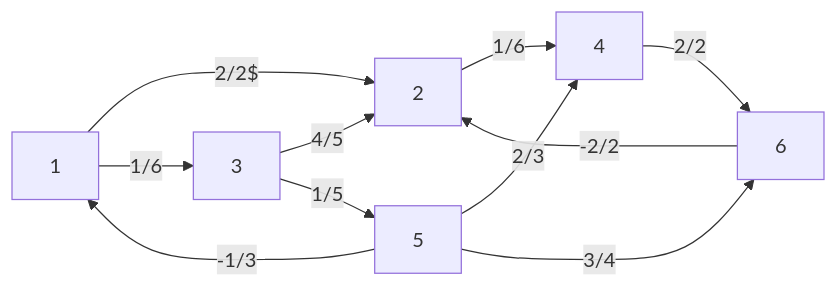
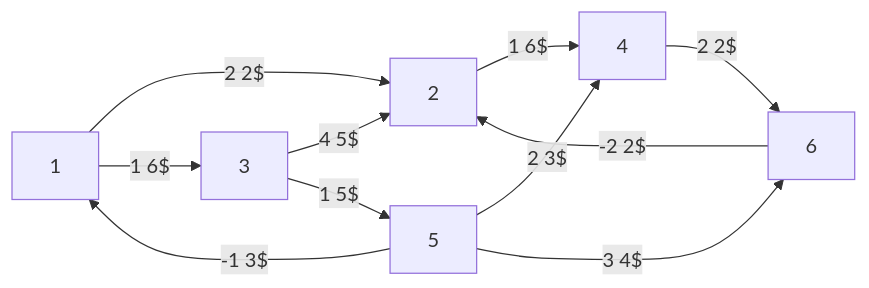
The diagram in Ricerca operativa/Problemi di ottimizzazione/Esempi/Esempio ottimizzazione flusso di costo minimo.md (SuperSamus/appunti-universitari), drawn with Mermaid before and after one commit. The commit also changed other lines of this file, not shown here.

Commit message:
vault backup: 2022-11-08 16:34:14

````diff
--- a/Ricerca operativa/Problemi di ottimizzazione/Esempi/Esempio ottimizzazione flusso di costo minimo.md
+++ b/Ricerca operativa/Problemi di ottimizzazione/Esempi/Esempio ottimizzazione flusso di costo minimo.md
@@ -5,13 +5,13 @@
 ```mermaid
 flowchart LR
-1 --> |2/2$| 2
-1 --> |1/6| 3
-3 --> |4/5| 2
-3 --> |1/5| 5
-2 --> |1/6| 4
-5 --> |2/3| 4
-4 --> |2/2| 6
-5 --> |3/4| 6
-5 --> |-1/3| 1
-6 --> |-2/2| 2
+1 --> |2 2$| 2
+1 --> |1 6$| 3
+3 --> |4 5$| 2
+3 --> |1 5$| 5
+2 --> |1 6$| 4
+5 --> |2 3$| 4
+4 --> |2 2$| 6
+5 --> |3 4$| 6
+5 --> |-1 3$| 1
+6 --> |-2 2$| 2
 ```
````
